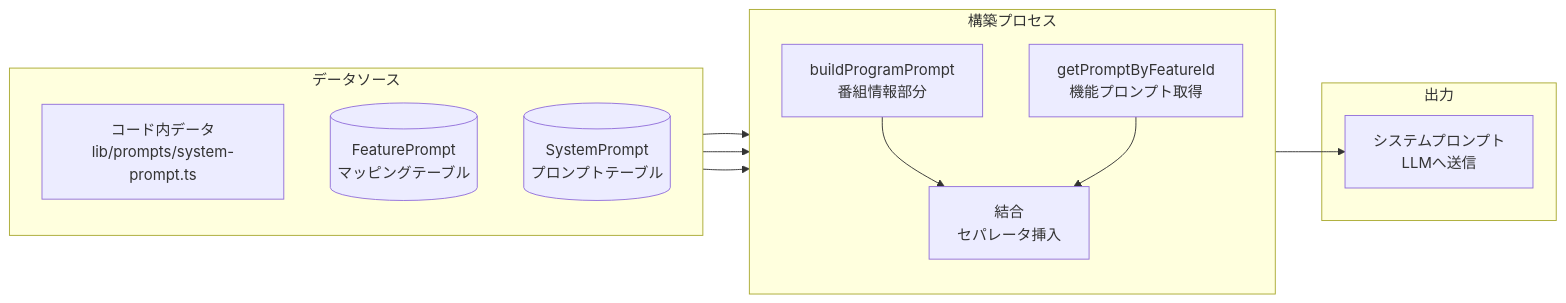
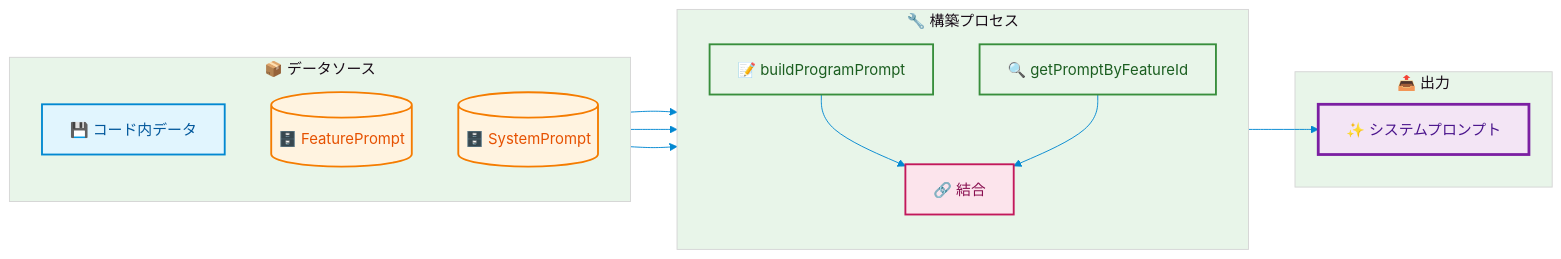
The fifth of 7 diagrams in docs/specs/api-integration/system-prompt-generation.md (langcore-org/united-productions-web), drawn with Mermaid before and after one commit. The commit also changed other lines of this file, not shown here.

First line of the commit message:
docs: Mermaid図をダークモード対応に改善

````diff
--- a/docs/specs/api-integration/system-prompt-generation.md
+++ b/docs/specs/api-integration/system-prompt-generation.md
@@ -178,27 +188,36 @@
 ```mermaid
+%%{init: {'theme': 'base', 'themeVariables': { 'primaryColor': '#e1f5fe', 'primaryTextColor': '#01579b', 'primaryBorderColor': '#0288d1', 'lineColor': '#0288d1', 'secondaryColor': '#fff3e0', 'tertiaryColor': '#e8f5e9', 'background': '#fafafa'}}}%%
 flowchart LR
-    subgraph DataSources["データソース"]
+    subgraph DataSources["📦 データソース"]
         direction TB
-        Code[コード内データ<br/>lib/prompts/system-prompt.ts]
-        DB1[(FeaturePrompt<br/>マッピングテーブル)]
-        DB2[(SystemPrompt<br/>プロンプトテーブル)]
+        Code[💾 コード内データ]
+        DB1[(🗄️ FeaturePrompt)]
+        DB2[(🗄️ SystemPrompt)]
     end
 
-    subgraph BuildProcess["構築プロセス"]
+    subgraph BuildProcess["🔧 構築プロセス"]
         direction TB
-        B1[buildProgramPrompt<br/>番組情報部分]
-        B2[getPromptByFeatureId<br/>機能プロンプト取得]
-        B3[結合<br/>セパレータ挿入]
+        B1[📝 buildProgramPrompt]
+        B2[🔍 getPromptByFeatureId]
+        B3[🔗 結合]
     end
 
-    subgraph Output["出力"]
-        O[システムプロンプト<br/>LLMへ送信]
+    subgraph Output["📤 出力"]
+        O[✨ システムプロンプト]
     end
 
     Code --> B1
     DB1 --> B2
     DB2 --> B2
     B1 --> B3
     B2 --> B3
     B3 --> O
+
+    style Code fill:#e1f5fe,stroke:#0288d1,stroke-width:2px,color:#01579b
+    style DB1 fill:#fff3e0,stroke:#f57c00,stroke-width:2px,color:#e65100
+    style DB2 fill:#fff3e0,stroke:#f57c00,stroke-width:2px,color:#e65100
+    style B1 fill:#e8f5e9,stroke:#388e3c,stroke-width:2px,color:#1b5e20
+    style B2 fill:#e8f5e9,stroke:#388e3c,stroke-width:2px,color:#1b5e20
+    style B3 fill:#fce4ec,stroke:#c2185b,stroke-width:2px,color:#880e4f
+    style O fill:#f3e5f5,stroke:#7b1fa2,stroke-width:3px,color:#4a148c
 ```
````
